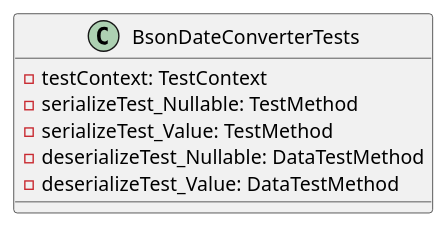
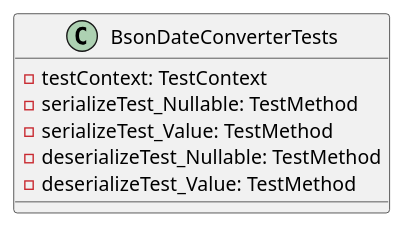
Before and after one commit to OutOfBandDevelopment/dotex: the first of 9 diagrams in docs/generated/Framework/OoBDev.System.Tests/Text/Json/Documentation.md, drawn with PlantUML. The commit also changed other lines of this file and 97 other files, not shown here.

````diff
--- a/docs/generated/Framework/OoBDev.System.Tests/Text/Json/Documentation.md
+++ b/docs/generated/Framework/OoBDev.System.Tests/Text/Json/Documentation.md
@@ -19,11 +19,11 @@
 ```plantuml
 @startuml
 class BsonDateConverterTests {
   - testContext: TestContext
   - serializeTest_Nullable: TestMethod
   - serializeTest_Value: TestMethod
-  - deserializeTest_Nullable: DataTestMethod
-  - deserializeTest_Value: DataTestMethod
+  - deserializeTest_Nullable: TestMethod
+  - deserializeTest_Value: TestMethod
 }
 @enduml
 ```
````
